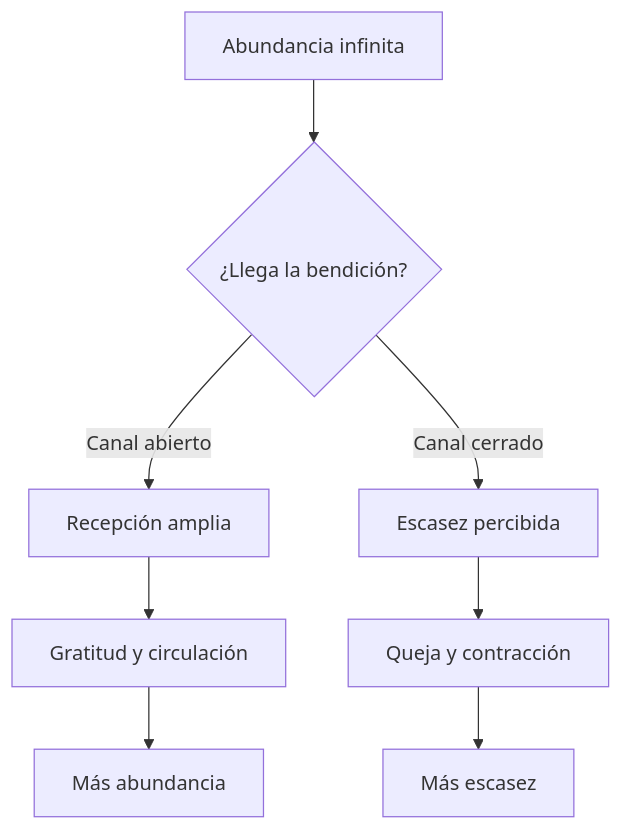
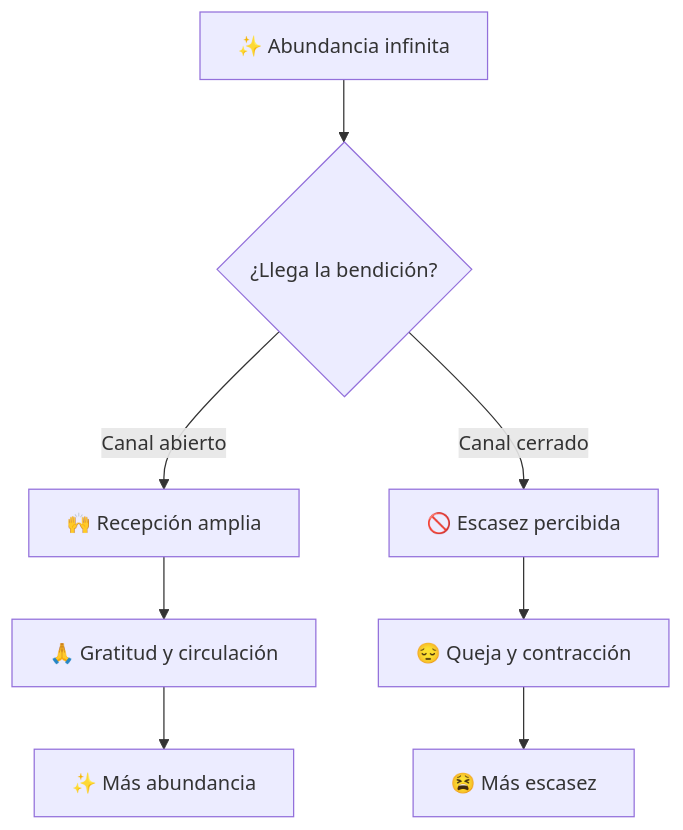
Before and after one commit to jeroroldan/jeronimo-blog: the fourth of 7 diagrams in src/content/blog/masterclass-salmo-145-abundancia-daniel-chapan.md, drawn with Mermaid. The commit also changed other lines of this file and 1 other file, not shown here.

````diff
--- a/src/content/blog/masterclass-salmo-145-abundancia-daniel-chapan.md
+++ b/src/content/blog/masterclass-salmo-145-abundancia-daniel-chapan.md
@@ -225,10 +216,10 @@
 ```mermaid
 flowchart TD
-    A[Abundancia infinita] --> B{¿Llega la bendición?}
-    B -->|Canal abierto| C[Recepción amplia]
-    B -->|Canal cerrado| D[Escasez percibida]
-    C --> E[Gratitud y circulación]
-    D --> F[Queja y contracción]
-    E --> G[Más abundancia]
-    F --> H[Más escasez]
+    A[✨ Abundancia infinita] --> B{¿Llega la bendición?}
+    B -->|Canal abierto| C[🙌 Recepción amplia]
+    B -->|Canal cerrado| D[🚫 Escasez percibida]
+    C --> E[🙏 Gratitud y circulación]
+    D --> F[😔 Queja y contracción]
+    E --> G[✨ Más abundancia]
+    F --> H[😫 Más escasez]
 ```
````
